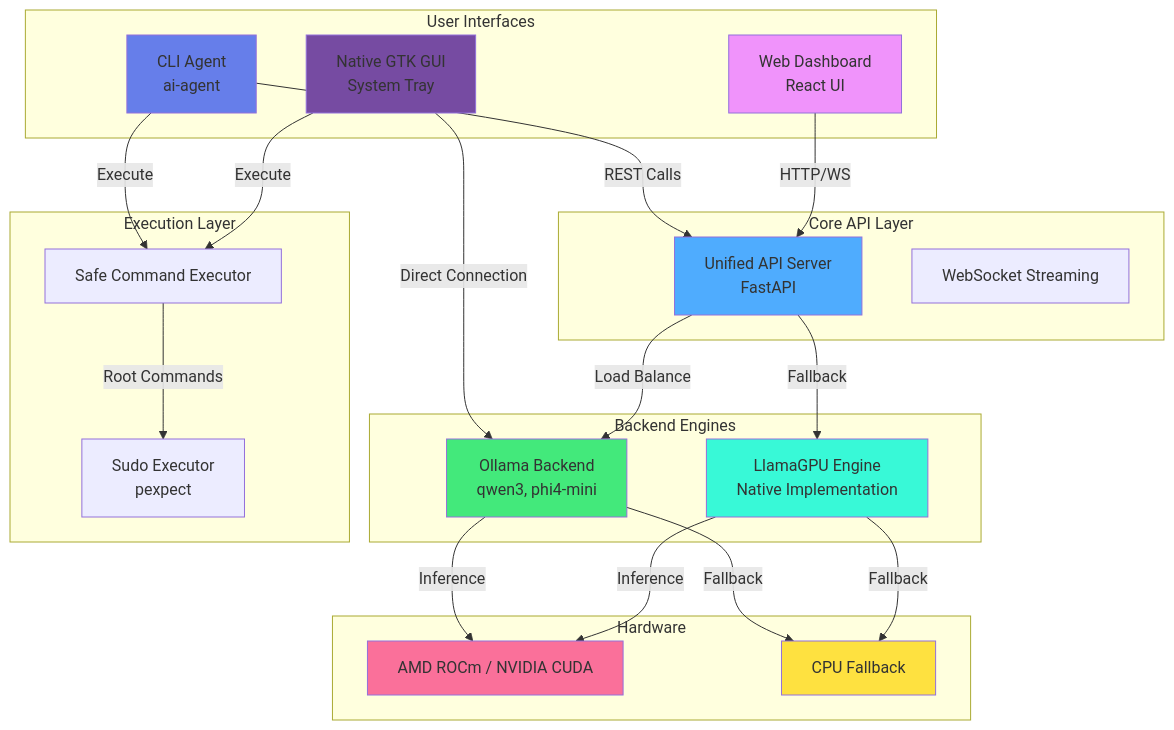
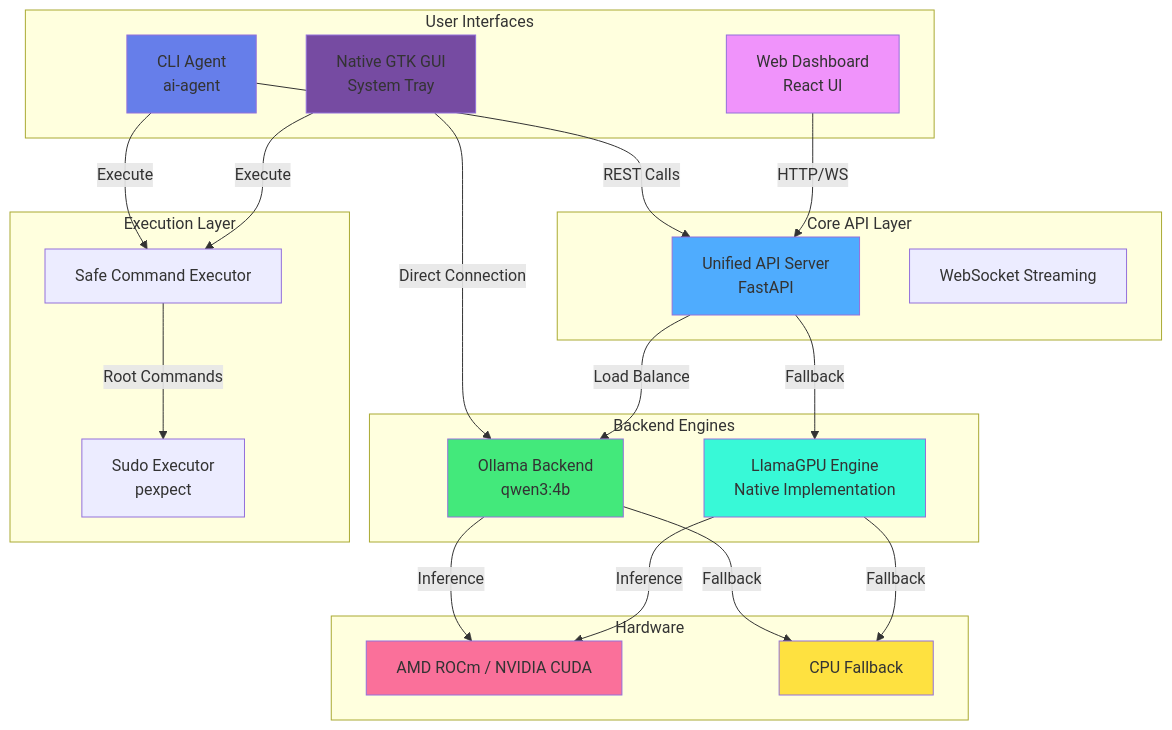
The first of 4 diagrams in README.md (hkevin01/Llama-GPU), drawn with Mermaid before and after one commit. The commit also changed other lines of this file, not shown here.

Commit message:
feat: Update README to reflect qwen3:4b model support and usage examples

````diff
--- a/README.md
+++ b/README.md
@@ -57,53 +57,53 @@
 ```mermaid
 graph TB
     subgraph "User Interfaces"
         CLI[CLI Agent<br/>ai-agent]
         GUI[Native GTK GUI<br/>System Tray]
         WEB[Web Dashboard<br/>React UI]
     end
 
     subgraph "Core API Layer"
         API[Unified API Server<br/>FastAPI]
         WS[WebSocket Streaming]
     end
 
     subgraph "Backend Engines"
-        OLLAMA[Ollama Backend<br/>qwen3, phi4-mini]
+        OLLAMA[Ollama Backend<br/>qwen3:4b]
         LLAMA[LlamaGPU Engine<br/>Native Implementation]
     end
 
     subgraph "Execution Layer"
         SAFE[Safe Command Executor]
         SUDO[Sudo Executor<br/>pexpect]
     end
 
     subgraph "Hardware"
         GPU[AMD ROCm / NVIDIA CUDA]
         CPU[CPU Fallback]
     end
 
     CLI -->|REST Calls| API
     GUI -->|Direct Connection| OLLAMA
     WEB -->|HTTP/WS| API
 
     API -->|Load Balance| OLLAMA
     API -->|Fallback| LLAMA
 
     CLI -->|Execute| SAFE
     GUI -->|Execute| SAFE
     SAFE -->|Root Commands| SUDO
 
     OLLAMA -->|Inference| GPU
     OLLAMA -->|Fallback| CPU
     LLAMA -->|Inference| GPU
     LLAMA -->|Fallback| CPU
 
     style CLI fill:#667eea
     style GUI fill:#764ba2
     style WEB fill:#f093fb
     style API fill:#4facfe
     style OLLAMA fill:#43e97b
     style LLAMA fill:#38f9d7
     style GPU fill:#fa709a
     style CPU fill:#fee140
 ```
````
